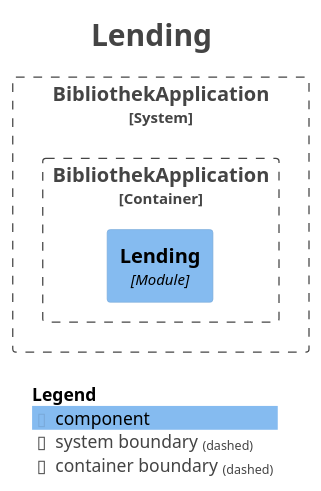
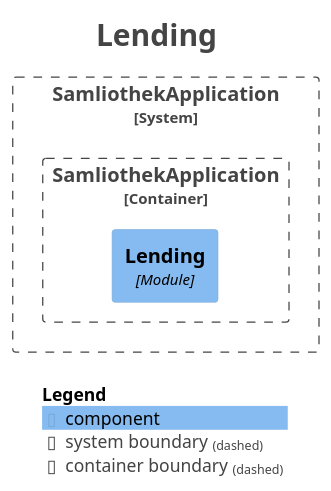
The diagram in docs/modulith/module-lending.puml (samin-z/samliothek), drawn with PlantUML before and after one commit. The commit also changed 52 other files, not shown here.

```diff
--- a/docs/modulith/module-lending.puml
+++ b/docs/modulith/module-lending.puml
@@ -1,27 +1,27 @@
 @startuml
 title <size:24>Lending</size>
 
 set separator none
 top to bottom direction
 
 <style>
   root {
     BackgroundColor: #ffffff
     FontColor: #444444
   }
 </style>
 
 !include <C4/C4>
 !include <C4/C4_Context>
 !include <C4/C4_Component>
 
-System_Boundary("BibliothekApplication_boundary", "BibliothekApplication", $tags="") {
-  Container_Boundary("BibliothekApplication.BibliothekApplication_boundary", "BibliothekApplication", $tags="") {
-    Component(BibliothekApplication.BibliothekApplication.Lending, "Lending", $techn="Module", $descr="", $tags="", $link="")
+System_Boundary("SamliothekApplication_boundary", "SamliothekApplication", $tags="") {
+  Container_Boundary("SamliothekApplication.SamliothekApplication_boundary", "SamliothekApplication", $tags="") {
+    Component(SamliothekApplication.SamliothekApplication.Lending, "Lending", $techn="Module", $descr="", $tags="", $link="")
   }
 
 }
 
 SHOW_LEGEND(true)
 hide stereotypes
 @enduml
```
